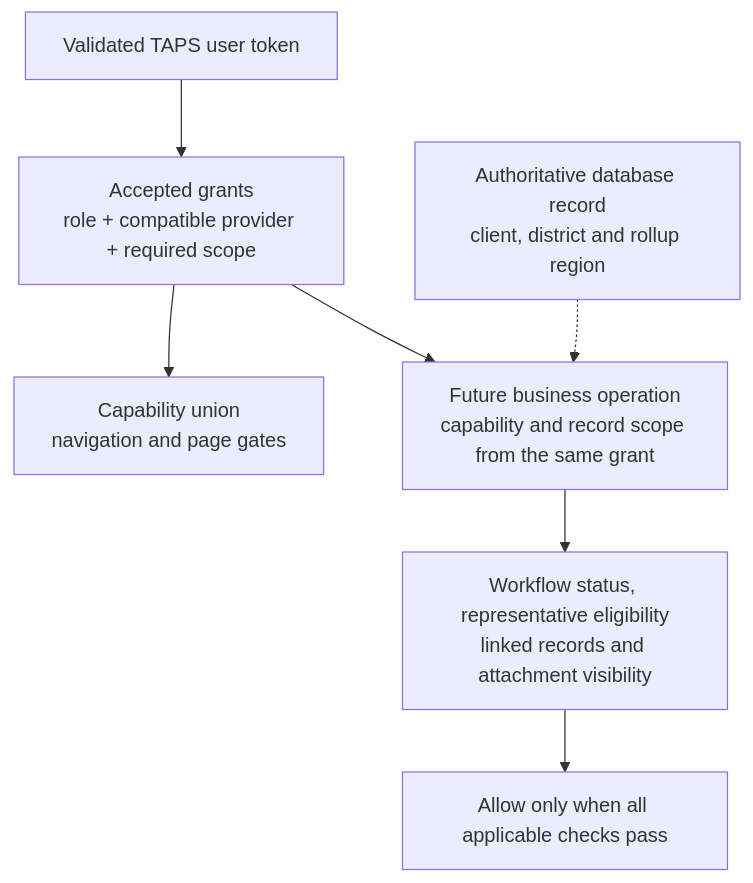
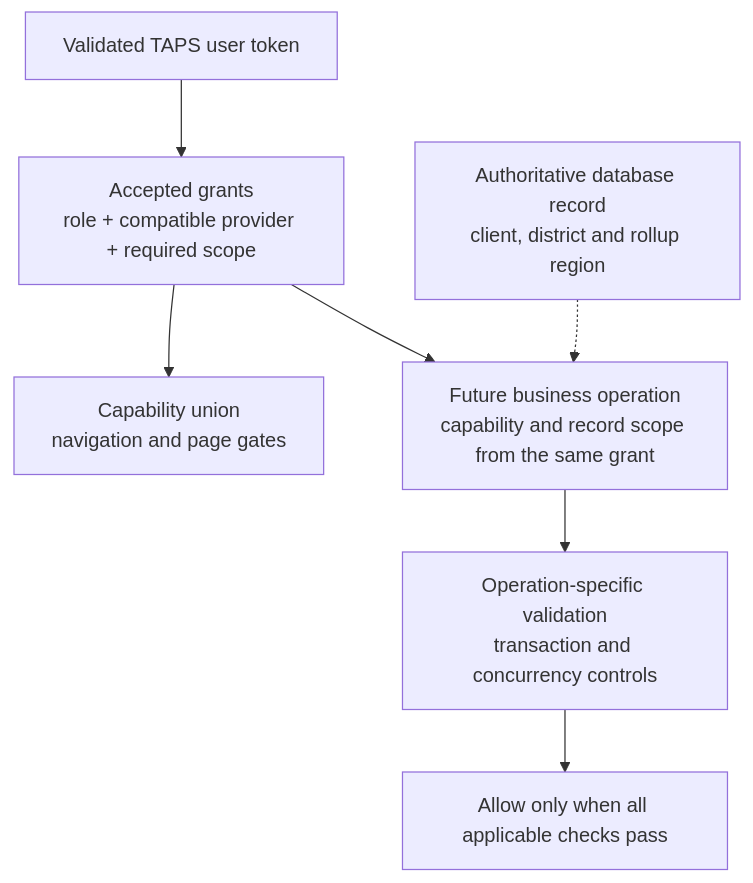
The third of 4 diagrams in docs/architecture.md (bcgov/nr-taps), drawn with Mermaid before and after one commit. The commit also changed other lines of this file and 9 other files, not shown here.

````diff
--- a/docs/architecture.md
+++ b/docs/architecture.md
@@ -70,9 +72,9 @@
 ```mermaid
 flowchart TD
     Token["Validated TAPS user token"] --> Grants["Accepted grants<br/>role + compatible provider + required scope"]
     Grants --> UI["Capability union<br/>navigation and page gates"]
     Grants --> Check["Future business operation<br/>capability and record scope from the same grant"]
     Record["Authoritative database record<br/>client, district and rollup region"] -.-> Check
-    Check --> Policy["Workflow status, representative eligibility<br/>linked records and attachment visibility"]
+    Check --> Policy["Operation-specific validation<br/>transaction and concurrency controls"]
     Policy --> Result["Allow only when all applicable checks pass"]
 ```
````
